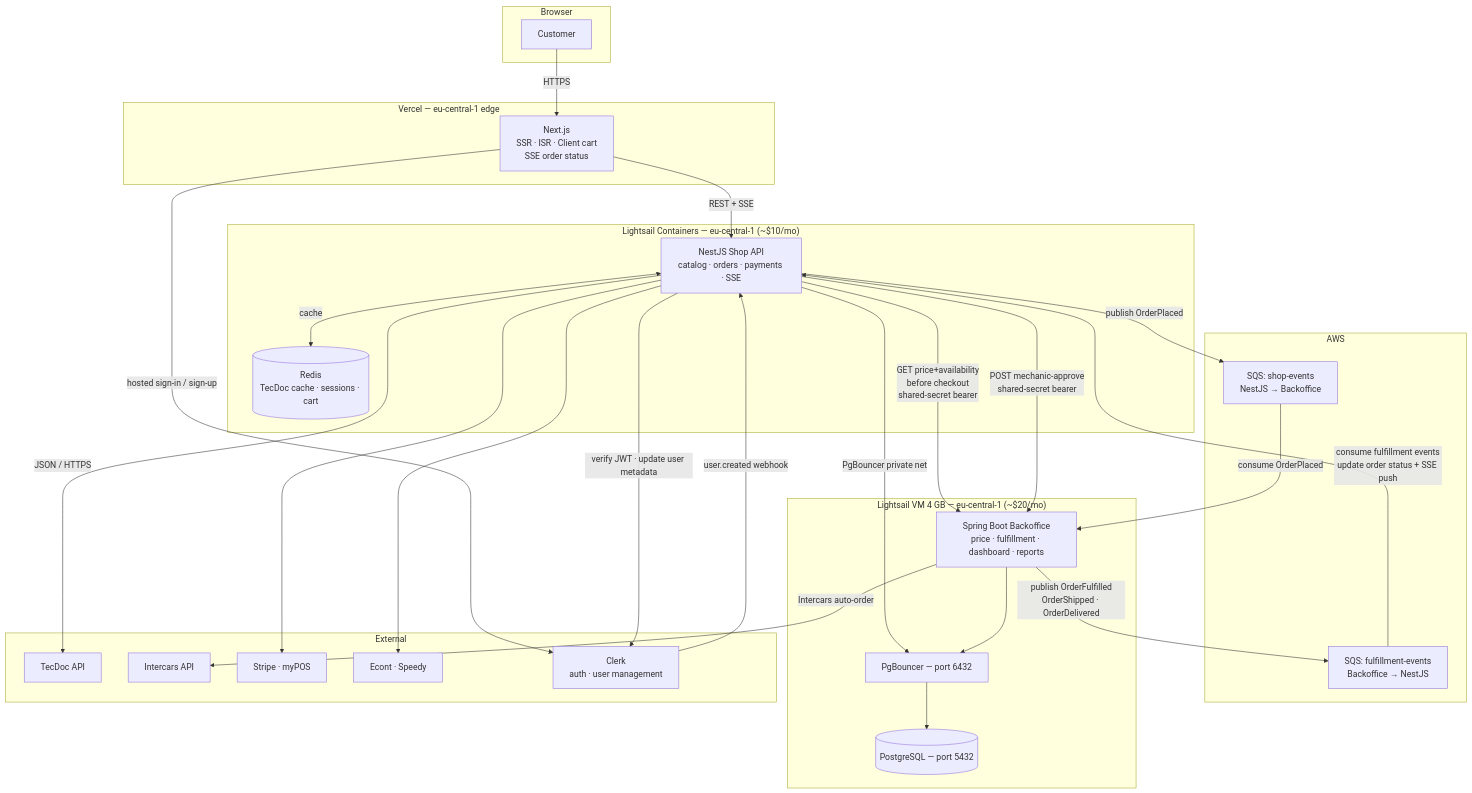
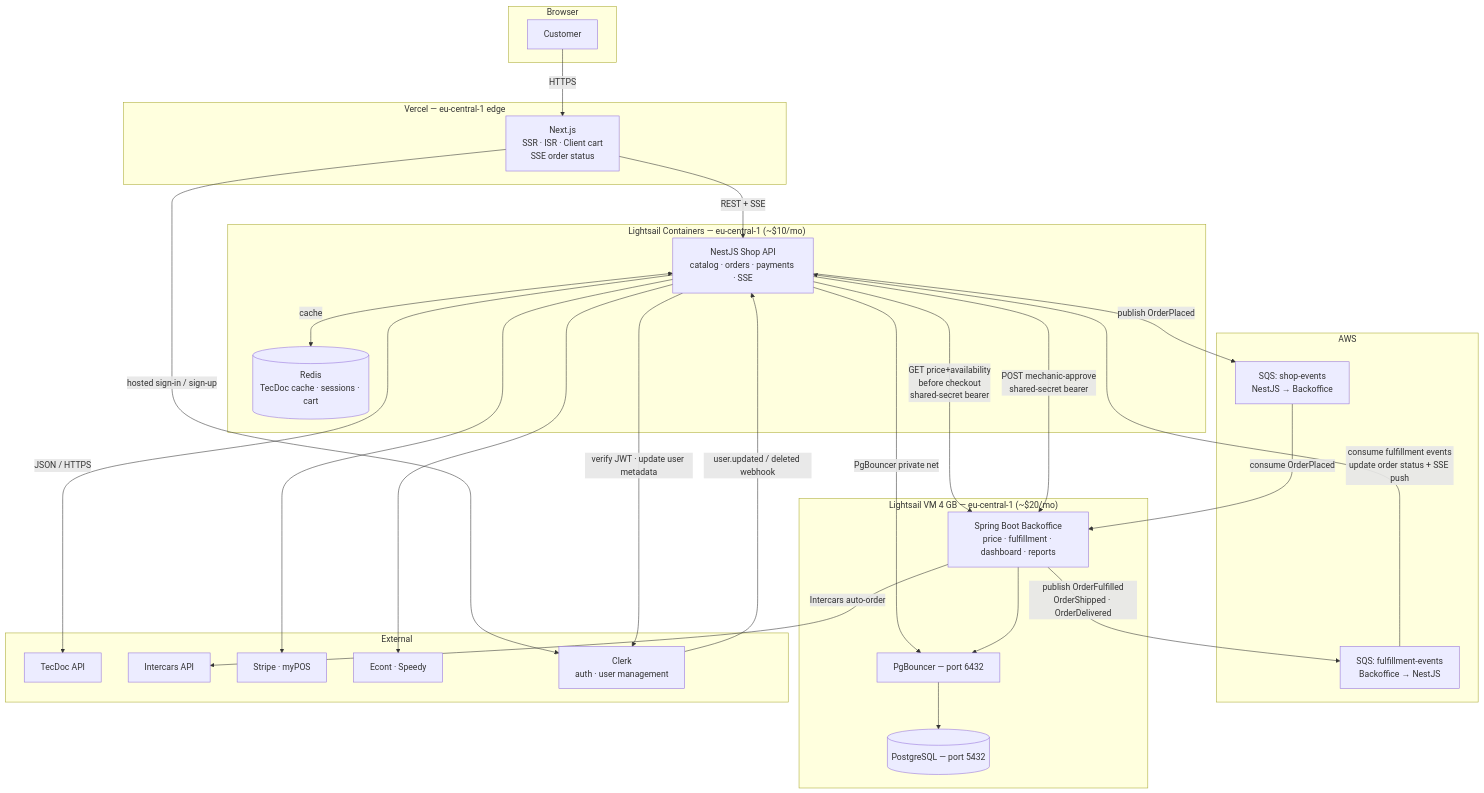
Before and after one commit to Pavlin619/vp-parts: the diagram in docs/ARCHITECTURE.md, drawn with Mermaid. The commit also changed other lines of this file and 38 other files, not shown here.

````diff
--- a/docs/ARCHITECTURE.md
+++ b/docs/ARCHITECTURE.md
@@ -11,54 +11,54 @@
 ```mermaid
 graph TB
     subgraph Browser
         U[Customer]
     end
 
     subgraph Vercel ["Vercel — eu-central-1 edge"]
         WEB["Next.js\nSSR · ISR · Client cart\nSSE order status"]
     end
 
     subgraph LC ["Lightsail Containers — eu-central-1 (~$10/mo)"]
         API["NestJS Shop API\ncatalog · orders · payments · SSE"]
         REDIS[(Redis\nTecDoc cache · sessions · cart)]
     end
 
     subgraph AWS
         SQS1["SQS: shop-events\nNestJS → Backoffice"]
         SQS2["SQS: fulfillment-events\nBackoffice → NestJS"]
     end
 
     subgraph VM ["Lightsail VM 4 GB — eu-central-1 (~$20/mo)"]
         SPRING["Spring Boot Backoffice\nprice · fulfillment · dashboard · reports"]
         PGBOUNCER["PgBouncer — port 6432"]
         PG[(PostgreSQL — port 5432)]
     end
 
     subgraph External
         TECDOC[TecDoc API]
         INTERCARS[Intercars API]
         PAY["Stripe · myPOS"]
         SHIP["Econt · Speedy"]
         CLERK["Clerk\nauth · user management"]
     end
 
     U -->|HTTPS| WEB
     WEB -->|REST + SSE| API
     API <-->|cache| REDIS
     API -->|PgBouncer private net| PGBOUNCER
     API -->|GET price+availability\nbefore checkout\nshared-secret bearer| SPRING
     API -->|POST mechanic-approve\nshared-secret bearer| SPRING
     API -->|publish OrderPlaced| SQS1
     SQS1 -->|consume OrderPlaced| SPRING
     SPRING -->|publish OrderFulfilled\nOrderShipped · OrderDelivered| SQS2
     SQS2 -->|consume fulfillment events\nupdate order status + SSE push| API
     SPRING -->|Intercars auto-order| INTERCARS
     SPRING --> PGBOUNCER
     PGBOUNCER --> PG
     WEB -->|hosted sign-in / sign-up| CLERK
     API -->|verify JWT · update user metadata| CLERK
-    CLERK -->|user.created webhook| API
+    CLERK -->|user.updated / deleted webhook| API
     API -->|JSON / HTTPS| TECDOC
     API --> PAY
     API --> SHIP
 ```
````
